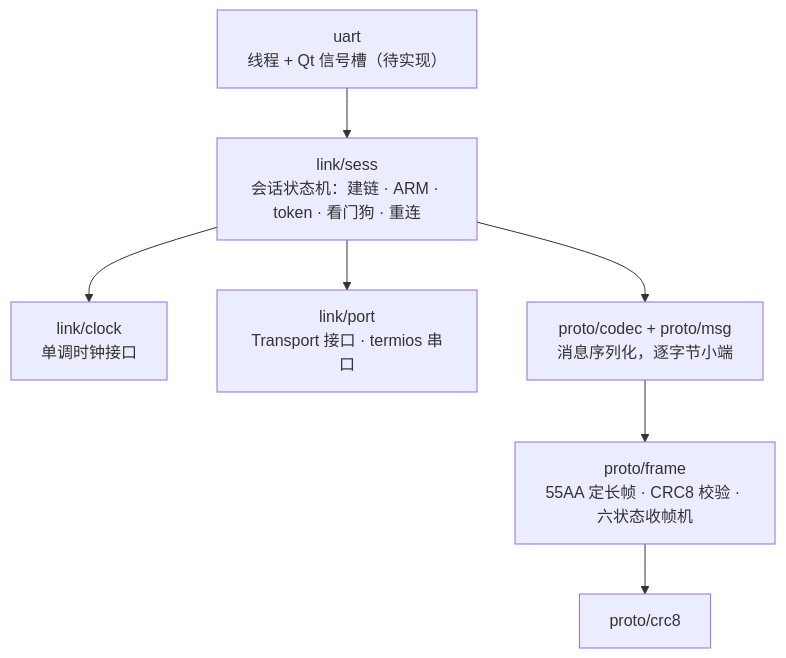
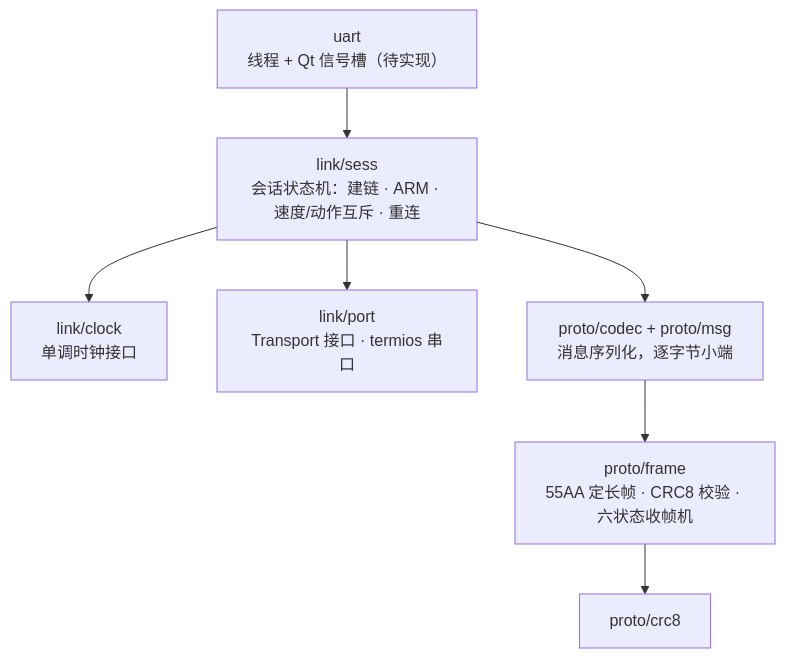
The diagram in docs/reference/comm/uart.md (Louis-24000614/pi_upper), drawn with Mermaid before and after one commit. The commit also changed other lines of this file and 84 other files, not shown here.

````diff
--- a/docs/reference/comm/uart.md
+++ b/docs/reference/comm/uart.md
@@ -47,16 +47,16 @@
 ```mermaid
 flowchart TB
   facade["uart<br/>线程 + Qt 信号槽（待实现）"]
-  sess["link/sess<br/>会话状态机：建链 · ARM · token · 看门狗 · 重连"]
+  sess["link/sess<br/>会话状态机：建链 · ARM · 速度/动作互斥 · 重连"]
   clock["link/clock<br/>单调时钟接口"]
   port["link/port<br/>Transport 接口 · termios 串口"]
   codec["proto/codec + proto/msg<br/>消息序列化，逐字节小端"]
   frame["proto/frame<br/>55AA 定长帧 · CRC8 校验 · 六状态收帧机"]
   crc["proto/crc8"]
   facade --> sess
   sess --> codec
   sess --> port
   sess --> clock
   codec --> frame
   frame --> crc
 ```
````
